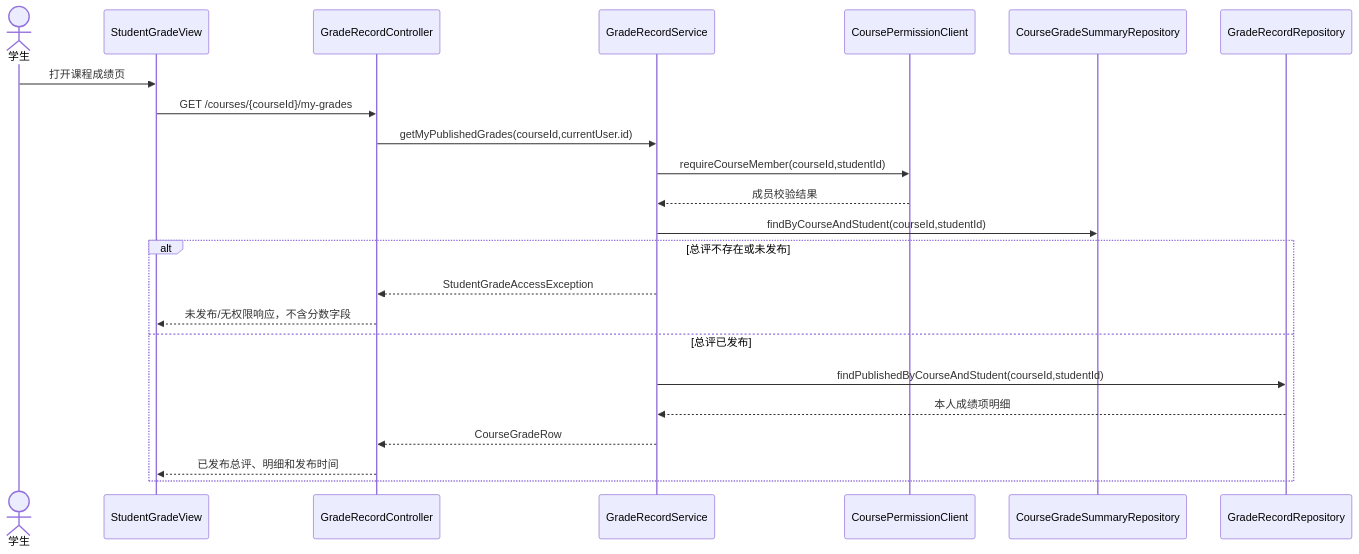
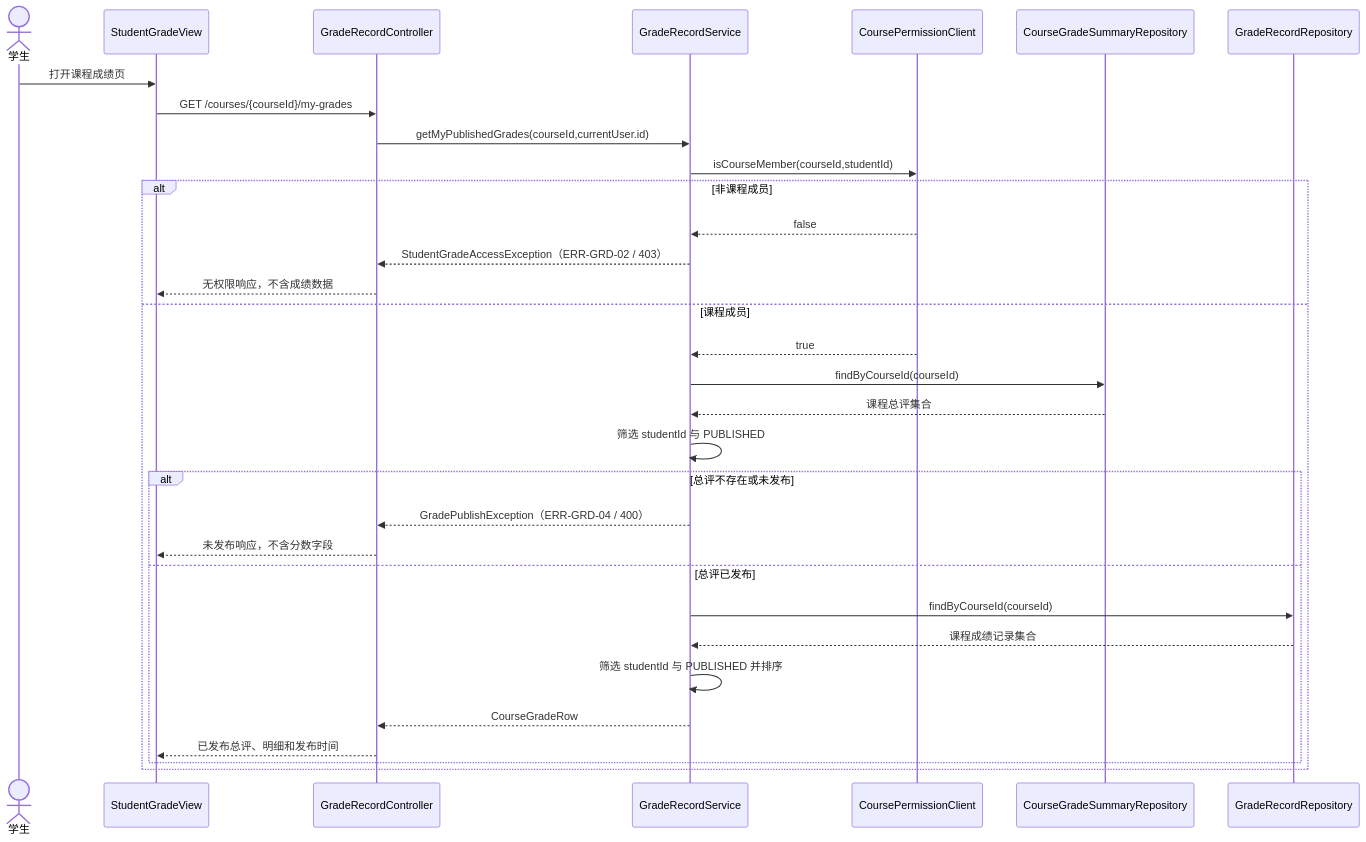
The diagram in docs/diagrams/grd/fig_3_6_11_student_grade_query_sequence.mmd (Cr4zyorange/OnlineJudge), drawn with Mermaid before and after one commit. The commit also changed 4 other files, not shown here.

Commit message:
docs(grd): distinguish grade access failures

```diff
--- a/docs/diagrams/grd/fig_3_6_11_student_grade_query_sequence.mmd
+++ b/docs/diagrams/grd/fig_3_6_11_student_grade_query_sequence.mmd
@@ -1,23 +1,32 @@
 sequenceDiagram
   actor Student as 学生
   participant View as StudentGradeView
   participant Controller as GradeRecordController
   participant Service as GradeRecordService
   participant Course as CoursePermissionClient
   participant SummaryRepo as CourseGradeSummaryRepository
   participant RecordRepo as GradeRecordRepository
   Student->>View: 打开课程成绩页
   View->>Controller: GET /courses/{courseId}/my-grades
   Controller->>Service: getMyPublishedGrades(courseId,currentUser.id)
-  Service->>Course: requireCourseMember(courseId,studentId)
-  Course-->>Service: 成员校验结果
-  Service->>SummaryRepo: findByCourseAndStudent(courseId,studentId)
-  alt 总评不存在或未发布
-    Service-->>Controller: StudentGradeAccessException
-    Controller-->>View: 未发布/无权限响应，不含分数字段
-  else 总评已发布
-    Service->>RecordRepo: findPublishedByCourseAndStudent(courseId,studentId)
-    RecordRepo-->>Service: 本人成绩项明细
-    Service-->>Controller: CourseGradeRow
-    Controller-->>View: 已发布总评、明细和发布时间
+  Service->>Course: isCourseMember(courseId,studentId)
+  alt 非课程成员
+    Course-->>Service: false
+    Service-->>Controller: StudentGradeAccessException（ERR-GRD-02 / 403）
+    Controller-->>View: 无权限响应，不含成绩数据
+  else 课程成员
+    Course-->>Service: true
+    Service->>SummaryRepo: findByCourseId(courseId)
+    SummaryRepo-->>Service: 课程总评集合
+    Service->>Service: 筛选 studentId 与 PUBLISHED
+    alt 总评不存在或未发布
+      Service-->>Controller: GradePublishException（ERR-GRD-04 / 400）
+      Controller-->>View: 未发布响应，不含分数字段
+    else 总评已发布
+      Service->>RecordRepo: findByCourseId(courseId)
+      RecordRepo-->>Service: 课程成绩记录集合
+      Service->>Service: 筛选 studentId 与 PUBLISHED 并排序
+      Service-->>Controller: CourseGradeRow
+      Controller-->>View: 已发布总评、明细和发布时间
+    end
   end
```
